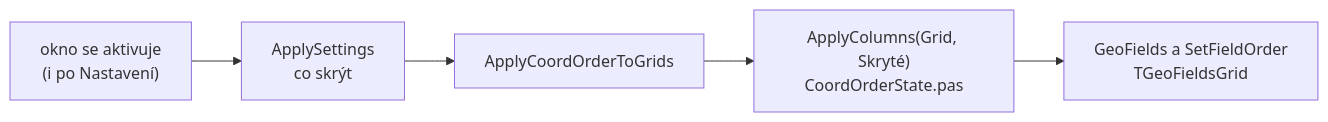
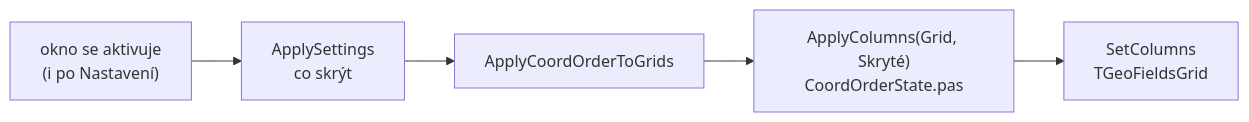
Before and after one commit to kovarmi9/GeoSoft: the diagram in docs/komponenty/geofieldsgrid.md, drawn with Mermaid. The commit also changed other lines of this file and 4 other files, not shown here.

````diff
--- a/docs/komponenty/geofieldsgrid.md
+++ b/docs/komponenty/geofieldsgrid.md
@@ -34,7 +35,7 @@
 ```mermaid
 flowchart LR
   A["okno se aktivuje<br/>(i po Nastavení)"] --> B["ApplySettings<br/>co skrýt"]
   B --> C["ApplyCoordOrderToGrids"]
   C --> D["ApplyColumns(Grid, Skryté)<br/>CoordOrderState.pas"]
-  D --> E["GeoFields a SetFieldOrder<br/>TGeoFieldsGrid"]
+  D --> E["SetColumns<br/>TGeoFieldsGrid"]
 ```
````
